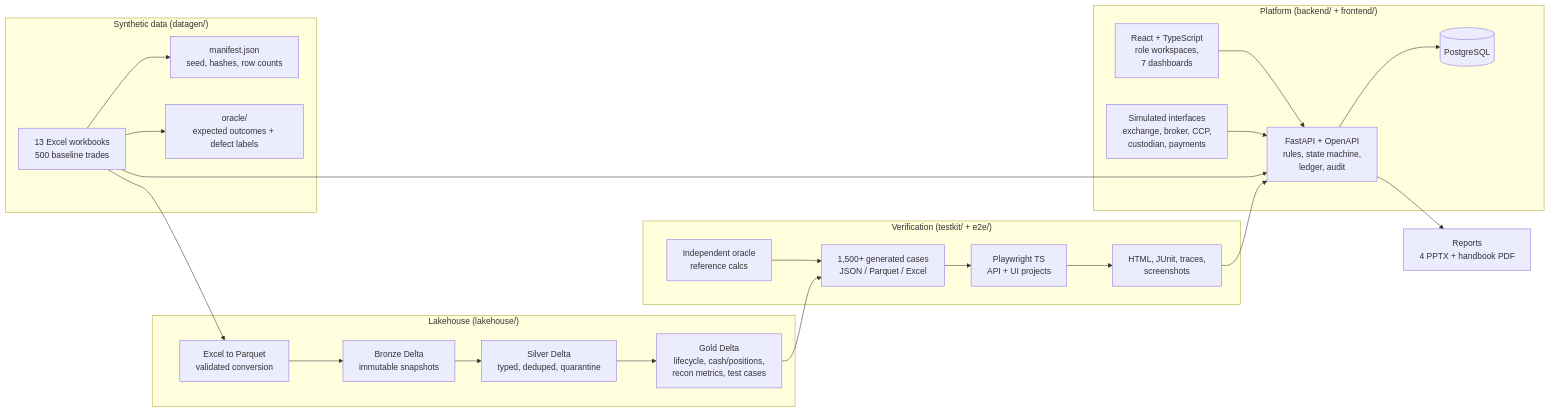
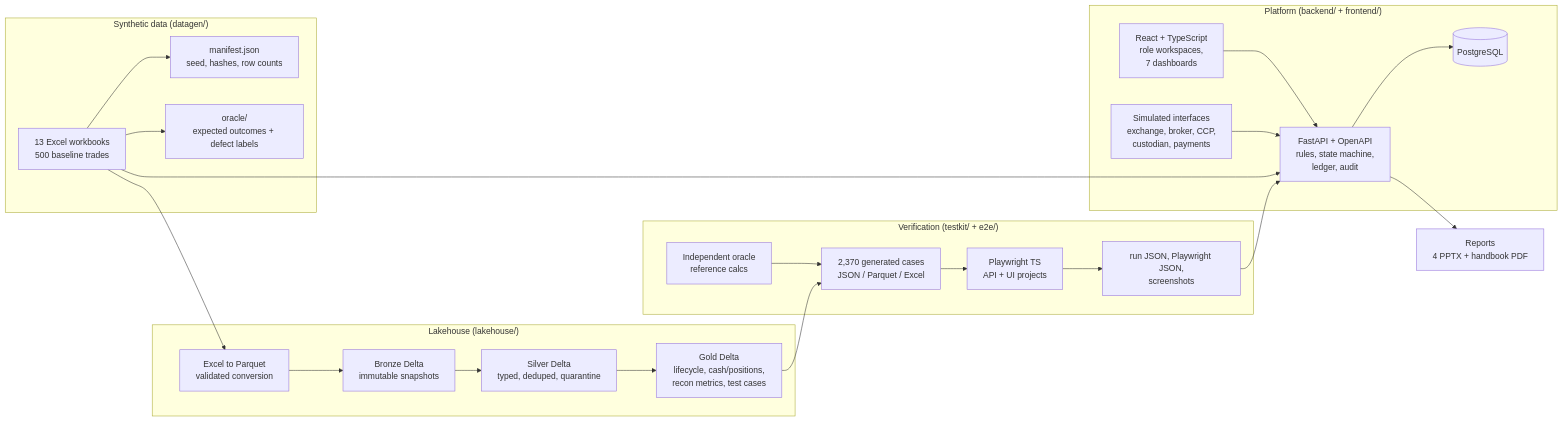
One commit to nipunrg1990rocks-dev/banking-ai-portfolio changed the diagram in projects/p7_capitalflow360/docs/architecture.md. Above: the diagram before and after it, drawn with Mermaid. The commit also changed other lines of this file and 23 other files, not shown here.

````diff
--- a/projects/p7_capitalflow360/docs/architecture.md
+++ b/projects/p7_capitalflow360/docs/architecture.md
@@ -15,27 +15,27 @@
 ```mermaid
 flowchart LR
   subgraph Data["Synthetic data (datagen/)"]
     X[13 Excel workbooks\n500 baseline trades] --> M[manifest.json\nseed, hashes, row counts]
     X --> O[oracle/\nexpected outcomes + defect labels]
   end
   subgraph Lake["Lakehouse (lakehouse/)"]
     P[Excel to Parquet\nvalidated conversion] --> B[Bronze Delta\nimmutable snapshots]
     B --> S[Silver Delta\ntyped, deduped, quarantine]
     S --> G[Gold Delta\nlifecycle, cash/positions,\nrecon metrics, test cases]
   end
   subgraph App["Platform (backend/ + frontend/)"]
     API[FastAPI + OpenAPI\nrules, state machine,\nledger, audit] --> DB[(PostgreSQL)]
     UI[React + TypeScript\nrole workspaces,\n7 dashboards] --> API
     SIM[Simulated interfaces\nexchange, broker, CCP,\ncustodian, payments] --> API
   end
   subgraph QA["Verification (testkit/ + e2e/)"]
-    ORA[Independent oracle\nreference calcs] --> CASES[1,500+ generated cases\nJSON / Parquet / Excel]
+    ORA[Independent oracle\nreference calcs] --> CASES[2,370 generated cases\nJSON / Parquet / Excel]
     CASES --> PW[Playwright TS\nAPI + UI projects]
-    PW --> EV[HTML, JUnit, traces,\nscreenshots]
+    PW --> EV[run JSON, Playwright JSON,\nscreenshots]
   end
   X --> P
   X --> API
   G --> CASES
   EV --> API
   API --> R[Reports\n4 PPTX + handbook PDF]
 ```
````
